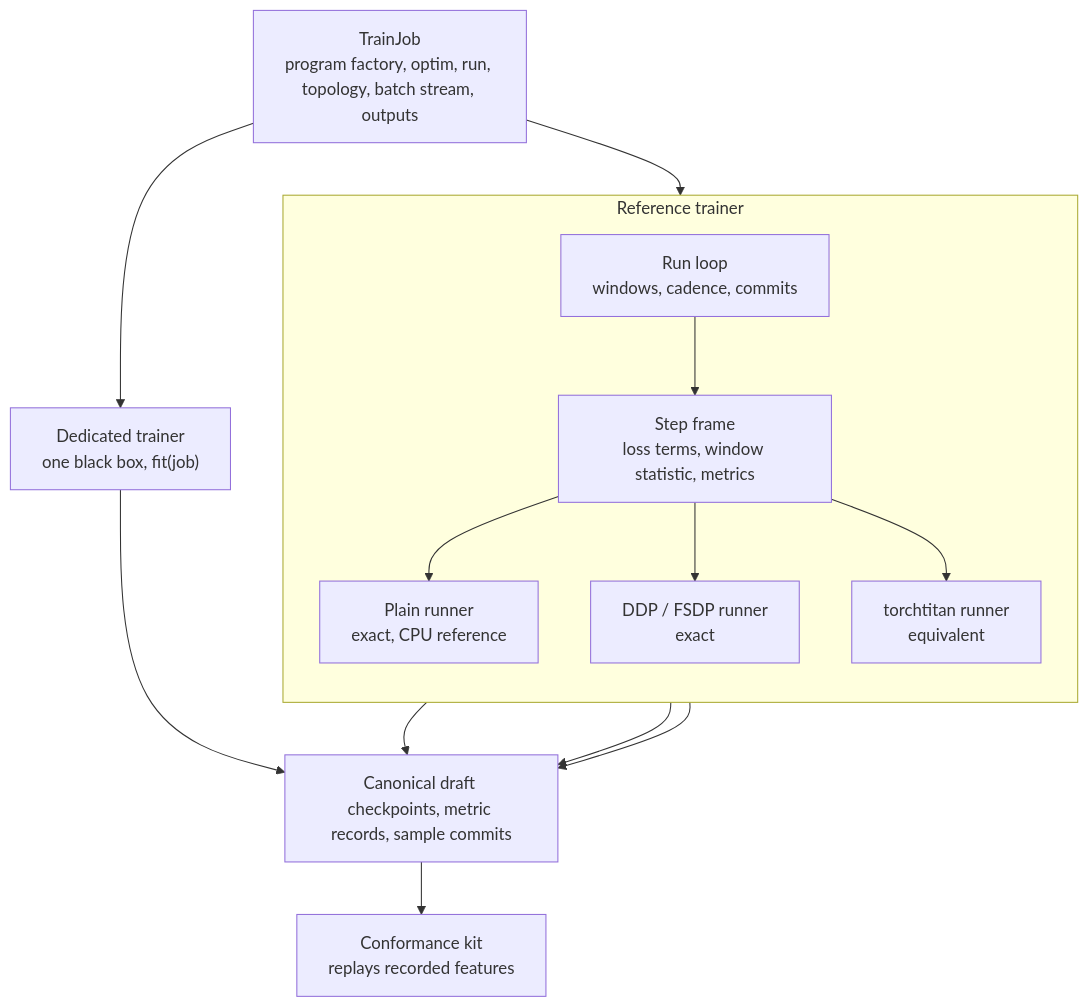
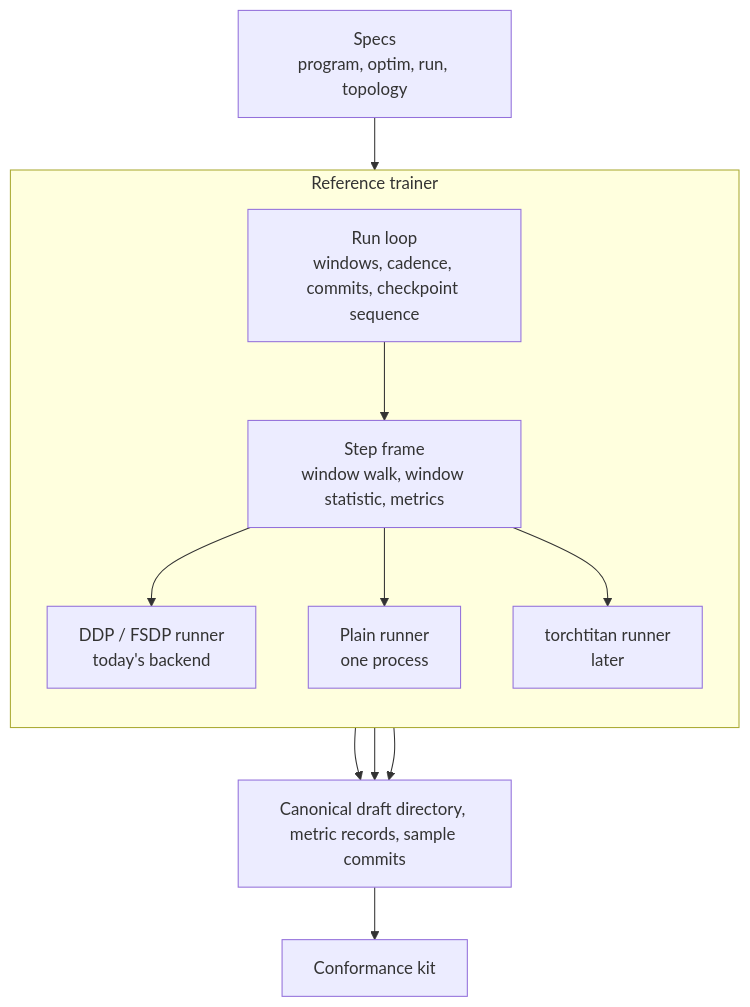
The diagram in specforge/training/BACKENDS.md (sgl-project/SpecForge), drawn with Mermaid before and after one commit. The commit also changed other lines of this file and 1 other file, not shown here.

First line of the commit message:
docs: revise the training backend proposal after a design review

````diff
--- a/specforge/training/BACKENDS.md
+++ b/specforge/training/BACKENDS.md
@@ -67,23 +78,20 @@
 ```mermaid
 flowchart TB
-  JOB["TrainJob<br/>program factory, optim, run, topology, batch stream, outputs"]
+  SPEC["Specs<br/>program, optim, run, topology"]
   subgraph REF["Reference trainer"]
     direction TB
-    LOOP["Run loop<br/>windows, cadence, commits"]
-    FRAME["Step frame<br/>loss terms, window statistic, metrics"]
+    LOOP["Run loop<br/>windows, cadence, commits, checkpoint sequence"]
+    FRAME["Step frame<br/>window walk, window statistic, metrics"]
     LOOP --> FRAME
-    FRAME --> PLAIN["Plain runner<br/>exact, CPU reference"]
-    FRAME --> FSDP["DDP / FSDP runner<br/>exact"]
-    FRAME --> TITAN["torchtitan runner<br/>equivalent"]
+    FRAME --> FSDP["DDP / FSDP runner<br/>today's backend"]
+    FRAME --> PLAIN["Plain runner<br/>one process"]
+    FRAME --> TITAN["torchtitan runner<br/>later"]
   end
-  SPEC["Dedicated trainer<br/>one black box, fit(job)"]
-  ART["Canonical draft checkpoints, metric records, sample commits"]
-  KIT["Conformance kit<br/>replays recorded features"]
-  JOB --> LOOP
-  JOB --> SPEC
+  ART["Canonical draft directory, metric records, sample commits"]
+  KIT["Conformance kit"]
+  SPEC --> LOOP
+  FSDP --> ART
   PLAIN --> ART
-  FSDP --> ART
   TITAN --> ART
-  SPEC --> ART
   ART --> KIT
 ```
````
